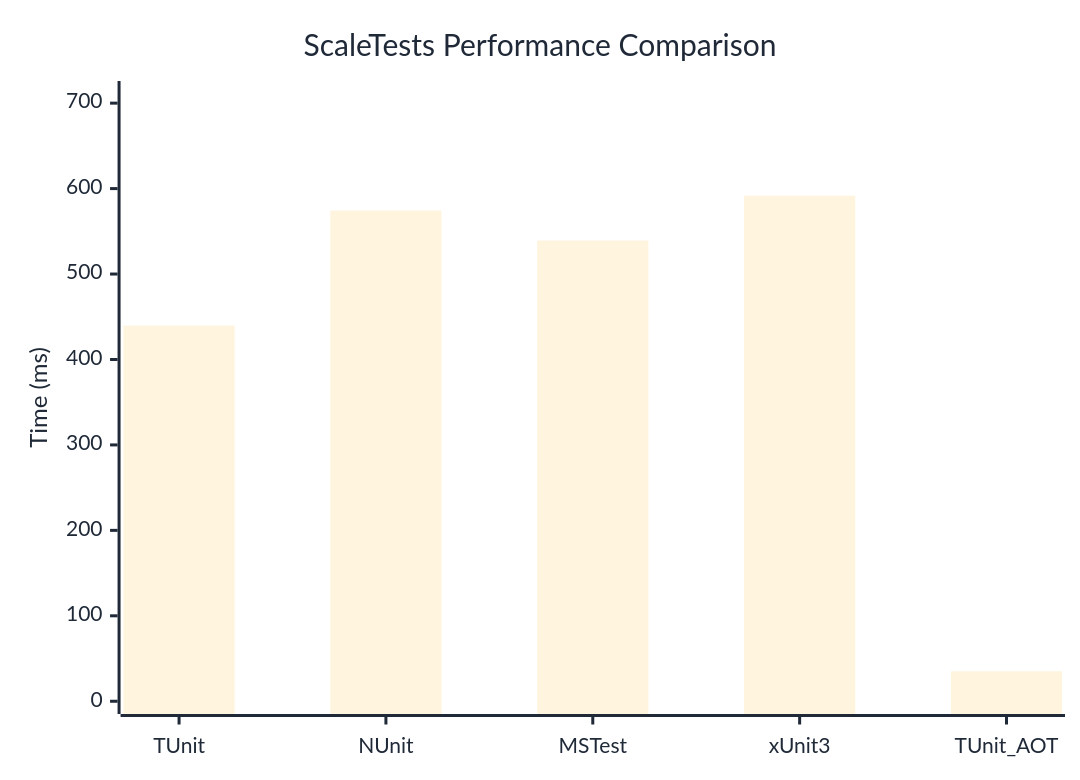
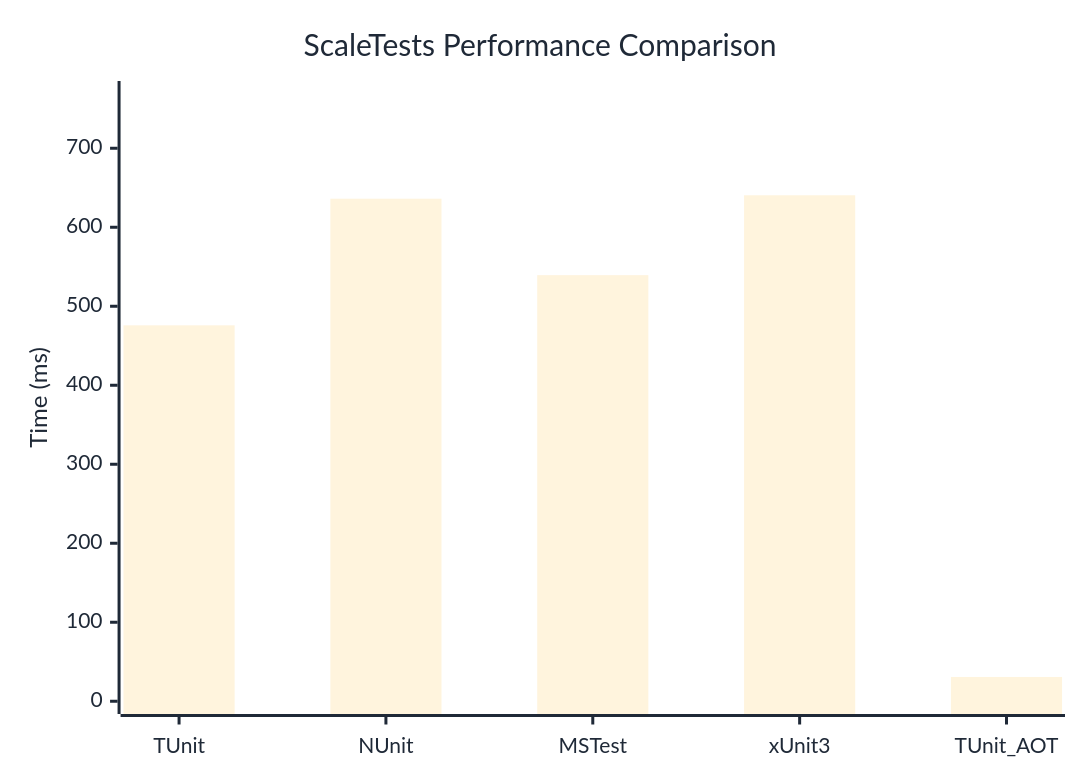
The diagram in docs/docs/benchmarks/ScaleTests.md (thomhurst/TUnit), drawn with Mermaid before and after one commit. The commit also changed other lines of this file and 17 other files, not shown here.

````diff
--- a/docs/docs/benchmarks/ScaleTests.md
+++ b/docs/docs/benchmarks/ScaleTests.md
@@ -27,37 +27,37 @@
 ```mermaid
 %%{init: {
   'theme':'base',
   'themeVariables': {
     'primaryColor': '#2563eb',
     'primaryTextColor': '#1f2937',
     'primaryBorderColor': '#1e40af',
     'lineColor': '#6b7280',
     'secondaryColor': '#7c3aed',
     'tertiaryColor': '#dc2626',
     'background': '#ffffff',
     'mainBkg': '#2563eb',
     'secondBkg': '#7c3aed',
     'tertiaryBkg': '#dc2626',
     'clusterBkg': '#f3f4f6',
     'edgeLabelBackground': '#ffffff',
     'tertiaryTextColor': '#1f2937',
     'pie1': '#2563eb',
     'pie2': '#7c3aed',
     'pie3': '#dc2626',
     'pie4': '#f59e0b',
     'pie5': '#10b981',
     'pie6': '#06b6d4',
     'pie7': '#ec4899',
     'pie8': '#6366f1',
     'pie9': '#84cc16',
     'pie10': '#f97316',
     'pie11': '#14b8a6',
     'pie12': '#a855f7'
   }
 }}%%
 xychart-beta
   title "ScaleTests Performance Comparison"
   x-axis ["TUnit", "NUnit", "MSTest", "xUnit3", "TUnit_AOT"]
-  y-axis "Time (ms)" 0 --> 711
-  bar [439.62, 574.26, 539.18, 591.71, 35.09]
+  y-axis "Time (ms)" 0 --> 769
+  bar [475.86, 636.13, 539.38, 640.5, 30.74]
 ```
````
